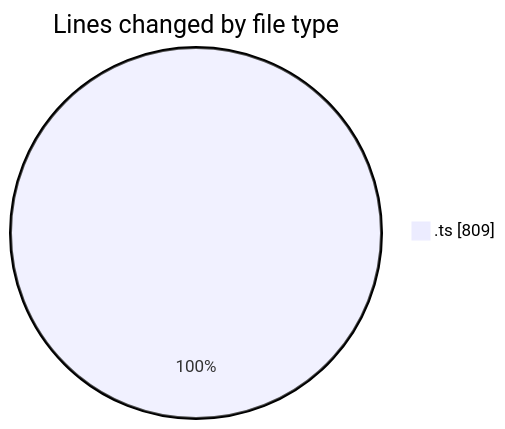
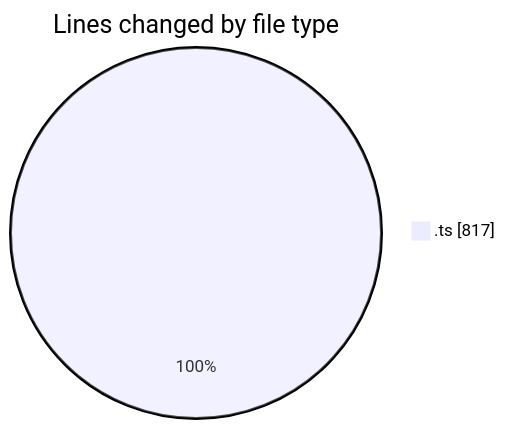
Before and after one commit to nxtqubesakshisongat/code-tracking: the first of 2 diagrams in 2026-05-04/nxtqube_webapp/README.md, drawn with Mermaid. The commit also changed other lines of this file and 1 other file, not shown here.

````diff
--- a/2026-05-04/nxtqube_webapp/README.md
+++ b/2026-05-04/nxtqube_webapp/README.md
@@ -20,5 +20,5 @@
 ```mermaid
 pie showData
 title Lines changed by file type
-".ts" : 809
+".ts" : 817
 ```
````
